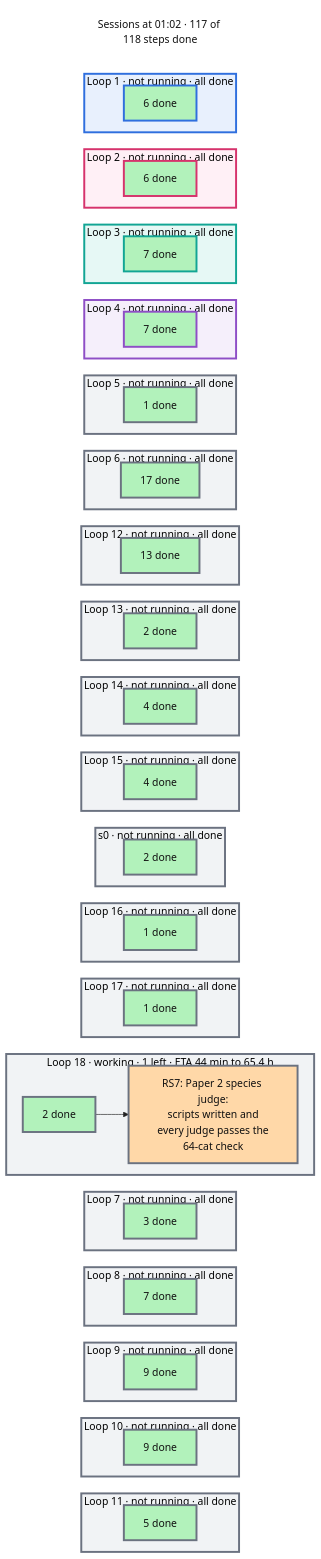
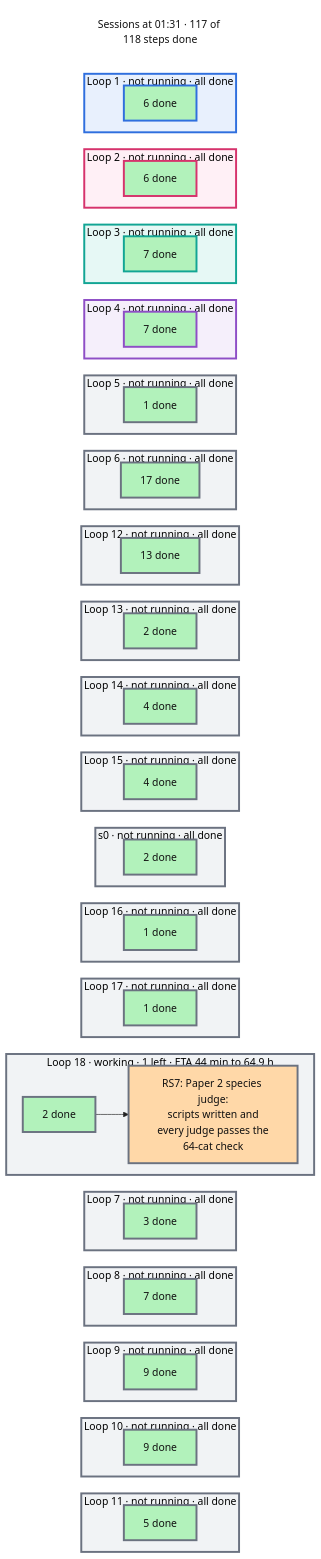
Before and after one commit to mo-rsa24/concept-composition: the diagram in artifacts/notes/progress/sessions.mmd, drawn with Mermaid. The commit also changed 9 other files, not shown here.

```diff
--- a/artifacts/notes/progress/sessions.mmd
+++ b/artifacts/notes/progress/sessions.mmd
@@ -1,124 +1,124 @@
 %%{init: {'theme': 'base', 'themeVariables': {'fontFamily': 'monospace', 'primaryColor': '#ffffff', 'primaryBorderColor': '#222222', 'primaryTextColor': '#111111', 'lineColor': '#222222'}, 'flowchart': {'nodeSpacing': 16, 'rankSpacing': 26}}}%%
 flowchart TB
   classDef done fill:#b2f2bb,color:#111111
   classDef doing fill:#ffd8a8,color:#111111
   classDef todo fill:#e9ecef,color:#111111
   classDef note fill:#ffffff,stroke:#c92a2a,stroke-dasharray:5 5,color:#c92a2a
-  now["Sessions at 01:02 · 117 of 118 steps done"]
+  now["Sessions at 01:31 · 117 of 118 steps done"]
   style now fill:#ffffff,stroke:#ffffff,color:#111111
   subgraph L0["Loop 1 · not running · all done"]
     direction LR
     d0["6 done"]:::done
   end
   subgraph L1["Loop 2 · not running · all done"]
     direction LR
     d1["6 done"]:::done
   end
   subgraph L2["Loop 3 · not running · all done"]
     direction LR
     d2["7 done"]:::done
   end
   subgraph L3["Loop 4 · not running · all done"]
     direction LR
     d3["7 done"]:::done
   end
   subgraph L4["Loop 5 · not running · all done"]
     direction LR
     d4["1 done"]:::done
   end
   subgraph L5["Loop 6 · not running · all done"]
     direction LR
     d5["17 done"]:::done
   end
   subgraph L6["Loop 12 · not running · all done"]
     direction LR
     d6["13 done"]:::done
   end
   subgraph L7["Loop 13 · not running · all done"]
     direction LR
     d7["2 done"]:::done
   end
   subgraph L8["Loop 14 · not running · all done"]
     direction LR
     d8["4 done"]:::done
   end
   subgraph L9["Loop 15 · not running · all done"]
     direction LR
     d9["4 done"]:::done
   end
   subgraph L10["s0 · not running · all done"]
     direction LR
     d10["2 done"]:::done
   end
   subgraph L11["Loop 16 · not running · all done"]
     direction LR
     d11["1 done"]:::done
   end
   subgraph L12["Loop 17 · not running · all done"]
     direction LR
     d12["1 done"]:::done
   end
-  subgraph L13["Loop 18 · working · 1 left · ETA 44 min to 65.4 h"]
+  subgraph L13["Loop 18 · working · 1 left · ETA 44 min to 64.9 h"]
     direction LR
     d13["2 done"]:::done --> n_RS7["RS7: Paper 2 species judge:<br/>scripts written and<br/>every judge passes the<br/>64-cat check"]:::doing
   end
   subgraph L14["Loop 7 · not running · all done"]
     direction LR
     d14["3 done"]:::done
   end
   subgraph L15["Loop 8 · not running · all done"]
     direction LR
     d15["7 done"]:::done
   end
   subgraph L16["Loop 9 · not running · all done"]
     direction LR
     d16["9 done"]:::done
   end
   subgraph L17["Loop 10 · not running · all done"]
     direction LR
     d17["9 done"]:::done
   end
   subgraph L18["Loop 11 · not running · all done"]
     direction LR
     d18["5 done"]:::done
   end
   now ~~~ L0 ~~~ L1 ~~~ L2 ~~~ L3 ~~~ L4 ~~~ L5 ~~~ L6 ~~~ L7 ~~~ L8 ~~~ L9 ~~~ L10 ~~~ L11 ~~~ L12 ~~~ L13 ~~~ L14 ~~~ L15 ~~~ L16 ~~~ L17 ~~~ L18
   style L0 fill:#e8f0fd,stroke:#2f6fde,stroke-width:3px
   style d0 stroke:#2f6fde,stroke-width:3px
   style L1 fill:#fff0f6,stroke:#d6336c,stroke-width:3px
   style d1 stroke:#d6336c,stroke-width:3px
   style L2 fill:#e6f8f5,stroke:#12a594,stroke-width:3px
   style d2 stroke:#12a594,stroke-width:3px
   style L3 fill:#f5effb,stroke:#8e4ec6,stroke-width:3px
   style d3 stroke:#8e4ec6,stroke-width:3px
   style L4 fill:#f1f3f5,stroke:#6b7280,stroke-width:3px
   style d4 stroke:#6b7280,stroke-width:3px
   style L5 fill:#f1f3f5,stroke:#6b7280,stroke-width:3px
   style d5 stroke:#6b7280,stroke-width:3px
   style L6 fill:#f1f3f5,stroke:#6b7280,stroke-width:3px
   style d6 stroke:#6b7280,stroke-width:3px
   style L7 fill:#f1f3f5,stroke:#6b7280,stroke-width:3px
   style d7 stroke:#6b7280,stroke-width:3px
   style L8 fill:#f1f3f5,stroke:#6b7280,stroke-width:3px
   style d8 stroke:#6b7280,stroke-width:3px
   style L9 fill:#f1f3f5,stroke:#6b7280,stroke-width:3px
   style d9 stroke:#6b7280,stroke-width:3px
   style L10 fill:#f1f3f5,stroke:#6b7280,stroke-width:3px
   style d10 stroke:#6b7280,stroke-width:3px
   style L11 fill:#f1f3f5,stroke:#6b7280,stroke-width:3px
   style d11 stroke:#6b7280,stroke-width:3px
   style L12 fill:#f1f3f5,stroke:#6b7280,stroke-width:3px
   style d12 stroke:#6b7280,stroke-width:3px
   style L13 fill:#f1f3f5,stroke:#6b7280,stroke-width:3px
   style d13 stroke:#6b7280,stroke-width:3px
   style n_RS7 stroke:#6b7280,stroke-width:3px
   style L14 fill:#f1f3f5,stroke:#6b7280,stroke-width:3px
   style d14 stroke:#6b7280,stroke-width:3px
   style L15 fill:#f1f3f5,stroke:#6b7280,stroke-width:3px
   style d15 stroke:#6b7280,stroke-width:3px
   style L16 fill:#f1f3f5,stroke:#6b7280,stroke-width:3px
   style d16 stroke:#6b7280,stroke-width:3px
   style L17 fill:#f1f3f5,stroke:#6b7280,stroke-width:3px
   style d17 stroke:#6b7280,stroke-width:3px
   style L18 fill:#f1f3f5,stroke:#6b7280,stroke-width:3px
   style d18 stroke:#6b7280,stroke-width:3px
```
